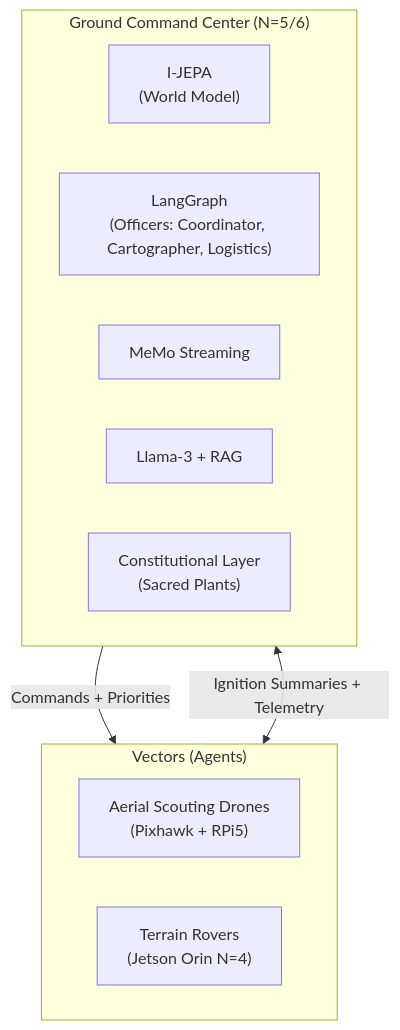
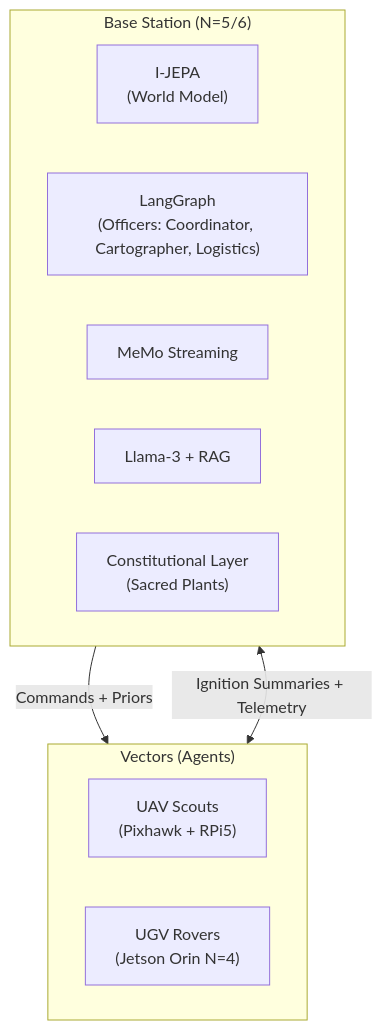
One commit to AlainCo/GNWT-Garrigue-X-en changed the first of 2 diagrams in mvp/mvp.md. Above: the diagram before and after it, drawn with Mermaid. The commit also changed other lines of this file and 21 other files, not shown here.

````diff
--- a/mvp/mvp.md
+++ b/mvp/mvp.md
@@ -21,18 +24,18 @@
 ```mermaid
 flowchart TD
     subgraph Vectors ["Vectors (Agents)"]
-        UAV["Aerial Scouting Drones\n(Pixhawk + RPi5)"]
-        UGV["Terrain Rovers\n(Jetson Orin N=4)"]
+        UAV["UAV Scouts\n(Pixhawk + RPi5)"]
+        UGV["UGV Rovers\n(Jetson Orin N=4)"]
     end
 
-    subgraph QG ["Ground Command Center (N=5/6)"]
+    subgraph QG ["Base Station (N=5/6)"]
         JEPA["I-JEPA\n(World Model)"]
         Agents["LangGraph\n(Officers: Coordinator, Cartographer, Logistics)"]
         MeMo["MeMo Streaming"]
         LLM["Llama-3 + RAG"]
         Const["Constitutional Layer\n(Sacred Plants)"]
     end
 
     Vectors <-->|"Ignition Summaries + Telemetry"| QG
-    QG -->|"Commands + Priorities"| Vectors
+    QG -->|"Commands + Priors"| Vectors
 ```
````
